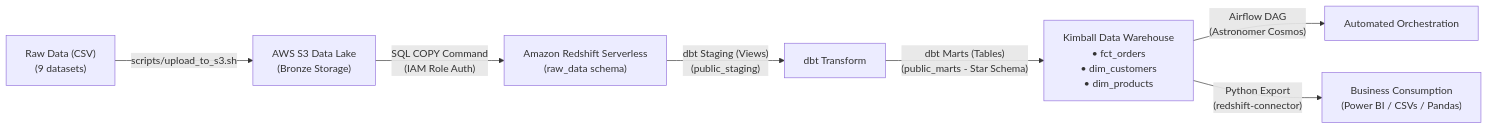
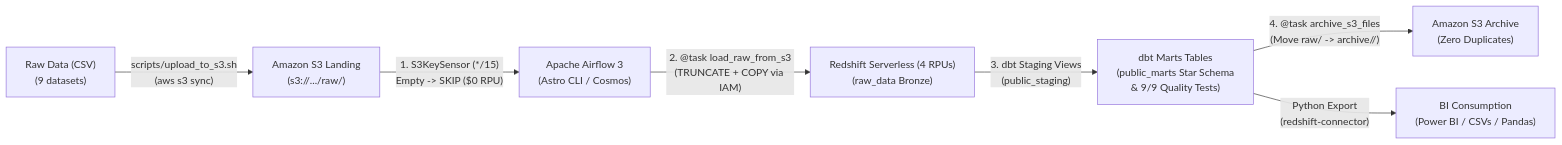
The diagram in PROJECT_ACCEPTANCE_REPORT.md (AOMINHTAM/aws-data-pipeline), drawn with Mermaid before and after one commit. The commit also changed other lines of this file and 8 other files, not shown here.

````diff
--- a/PROJECT_ACCEPTANCE_REPORT.md
+++ b/PROJECT_ACCEPTANCE_REPORT.md
@@ -21,9 +21,9 @@
 ```mermaid
 flowchart LR
-    A["Raw Data (CSV)\n(9 datasets)"] -->|"scripts/upload_to_s3.sh"| B["AWS S3 Data Lake\n(Bronze Storage)"]
-    B -->|"SQL COPY Command\n(IAM Role Auth)"| C["Amazon Redshift Serverless\n(raw_data schema)"]
-    C -->|"dbt Staging (Views)\n(public_staging)"| D["dbt Transform"]
-    D -->|"dbt Marts (Tables)\n(public_marts - Star Schema)"| E["Kimball Data Warehouse\n• fct_orders\n• dim_customers\n• dim_products"]
-    E -->|"Airflow DAG\n(Astronomer Cosmos)"| F["Automated Orchestration"]
-    E -->|"Python Export\n(redshift-connector)"| G["Business Consumption\n(Power BI / CSVs / Pandas)"]
+    A["Raw Data (CSV)\n(9 datasets)"] -->|"scripts/upload_to_s3.sh\n(aws s3 sync)"| B["Amazon S3 Landing\n(s3://.../raw/)"]
+    B -->|"1. S3KeySensor (*/15)\nEmpty -> SKIP ($0 RPU)"| C["Apache Airflow 3\n(Astro CLI / Cosmos)"]
+    C -->|"2. @task load_raw_from_s3\n(TRUNCATE + COPY via IAM)"| D["Redshift Serverless (4 RPUs)\n(raw_data Bronze)"]
+    D -->|"3. dbt Staging Views\n(public_staging)"| E["dbt Marts Tables\n(public_marts Star Schema\n& 9/9 Quality Tests)"]
+    E -->|"4. @task archive_s3_files\n(Move raw/ -> archive/<ts>/)"| F["Amazon S3 Archive\n(Zero Duplicates)"]
+    E -->|"Python Export\n(redshift-connector)"| G["BI Consumption\n(Power BI / CSVs / Pandas)"]
 ```
````
